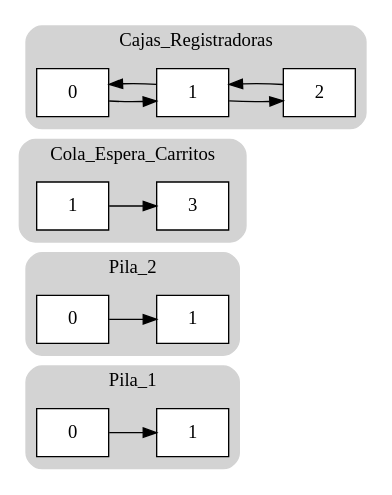
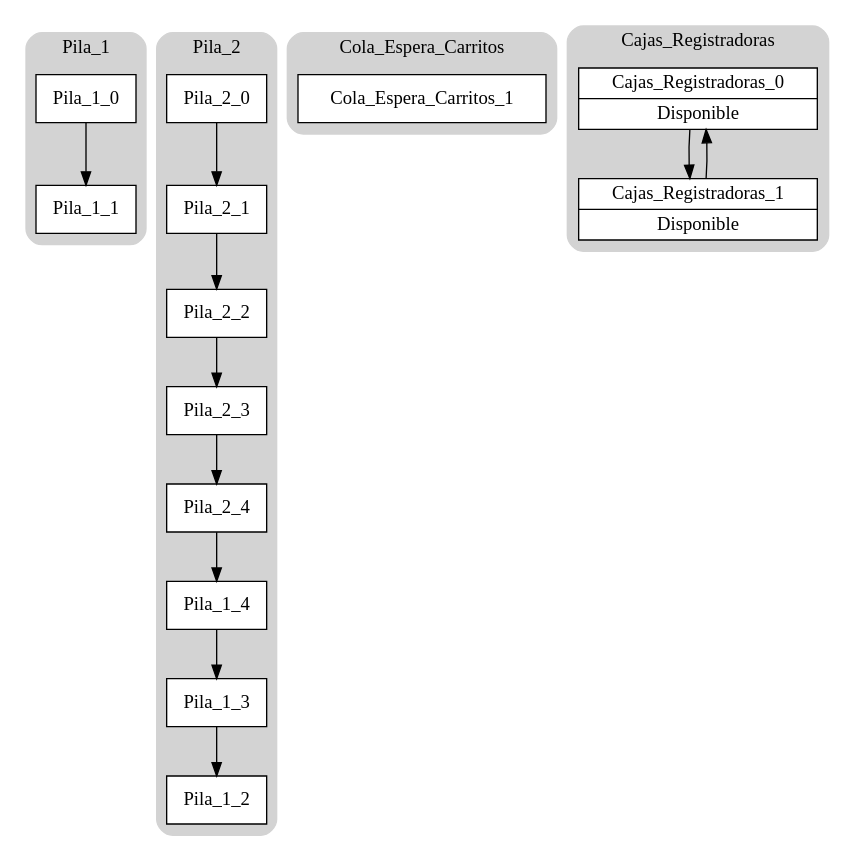
Before and after one commit to Rpinto30/EDD-1---MiniMarket: the diagram in Minimarket/graph.dot, drawn with Graphviz. The commit also changed 8 other files, not shown here.

```diff
--- a/Minimarket/graph.dot
+++ b/Minimarket/graph.dot
@@ -1,48 +1,55 @@
 digraph MiniMarket {
- rankdir=LR;
+
 subgraph cluster_Pila_1{
 label="Pila_1"
 style = "filled,rounded";
 color = lightgrey;
-Pila_1_0[label="0", shape=record, style=filled, fillcolor=white];
-Pila_1_1[label="1", shape=record, style=filled, fillcolor=white];
+Pila_1_0[label="Pila_1_0", shape=record, style=filled, fillcolor=white];
 Pila_1_0 -> Pila_1_1;
+Pila_1_1[label="Pila_1_1", shape=record, style=filled, fillcolor=white];
 
 }
 
 subgraph cluster_Pila_2{
 label="Pila_2"
 style = "filled,rounded";
 color = lightgrey;
-Pila_2_0[label="0", shape=record, style=filled, fillcolor=white];
-Pila_2_1[label="1", shape=record, style=filled, fillcolor=white];
+Pila_2_0[label="Pila_2_0", shape=record, style=filled, fillcolor=white];
+Pila_2_1[label="Pila_2_1", shape=record, style=filled, fillcolor=white];
 Pila_2_0 -> Pila_2_1;
+Pila_2_2[label="Pila_2_2", shape=record, style=filled, fillcolor=white];
+Pila_2_1 -> Pila_2_2;
+Pila_2_3[label="Pila_2_3", shape=record, style=filled, fillcolor=white];
+Pila_2_2 -> Pila_2_3;
+Pila_2_4[label="Pila_2_4", shape=record, style=filled, fillcolor=white];
+Pila_2_3 -> Pila_2_4;
+Pila_2_4 -> Pila_1_4;
+Pila_1_4[label="Pila_1_4", shape=record, style=filled, fillcolor=white];
+Pila_1_4 -> Pila_1_3;
+Pila_1_3[label="Pila_1_3", shape=record, style=filled, fillcolor=white];
+Pila_1_3 -> Pila_1_2;
+Pila_1_2[label="Pila_1_2", shape=record, style=filled, fillcolor=white];
 
 }
 
 subgraph cluster_Cola_Espera_Carritos{
 label="Cola_Espera_Carritos"
 style = "filled,rounded";
 color = lightgrey;
-Cola_Espera_Carritos_1[label="1", shape=record, style=filled, fillcolor=white];
-Cola_Espera_Carritos_3[label="3", shape=record, style=filled, fillcolor=white];
-Cola_Espera_Carritos_1 -> Cola_Espera_Carritos_3;
+Cola_Espera_Carritos_1[label="Cola_Espera_Carritos_1", shape=record, style=filled, fillcolor=white];
 
 }
 
 subgraph cluster_Cajas_Registradoras{
 label="Cajas_Registradoras"
 style = "filled,rounded";
 color = lightgrey;
-Cajas_Registradoras_0[label="0", shape=record, style=filled, fillcolor=white];
-Cajas_Registradoras_1[label="1", shape=record, style=filled, fillcolor=white];
+Cajas_Registradoras_0[label="{Cajas_Registradoras_0|Disponible}", shape=record, style=filled, fillcolor=white];
+Cajas_Registradoras_1[label="{Cajas_Registradoras_1|Disponible}", shape=record, style=filled, fillcolor=white];
 Cajas_Registradoras_0 -> Cajas_Registradoras_1;
 Cajas_Registradoras_1 -> Cajas_Registradoras_0;
-Cajas_Registradoras_2[label="2", shape=record, style=filled, fillcolor=white];
-Cajas_Registradoras_1 -> Cajas_Registradoras_2;
-Cajas_Registradoras_2 -> Cajas_Registradoras_1;
 
 }
 
 
 }
```
